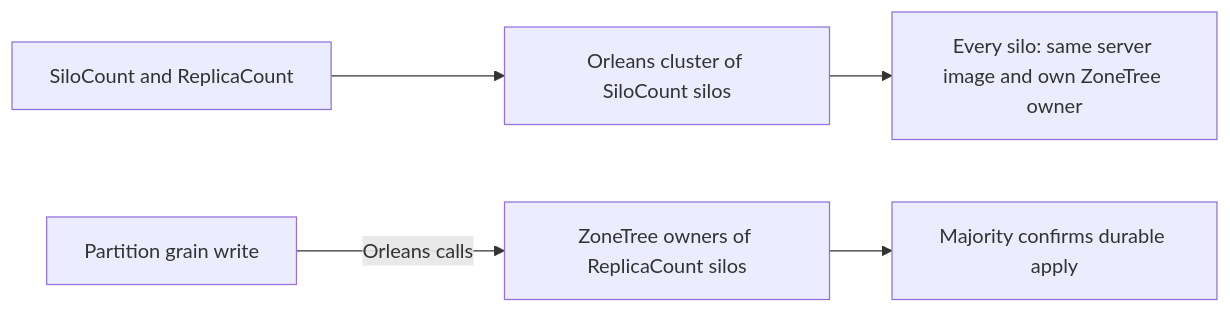
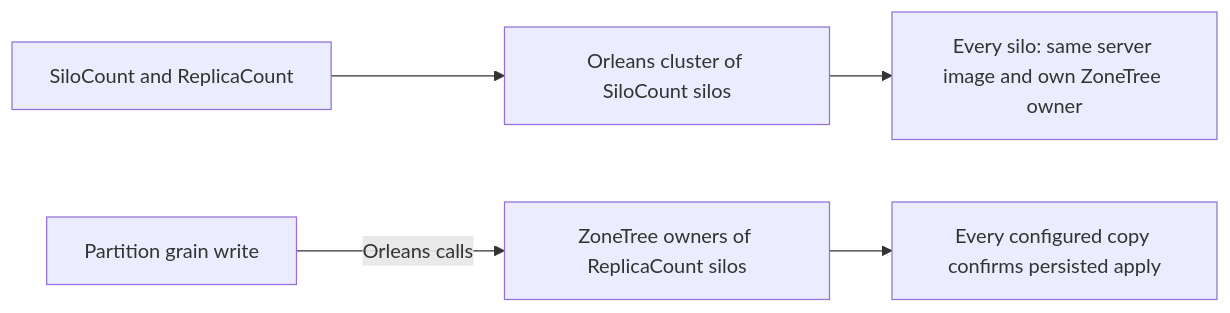
The diagram in docs/ADR/ADR-143-independent-silo-replica-topology.md (managedcode/KeyLoad), drawn with Mermaid before and after one commit. The commit also changed other lines of this file and 2010 other files, not shown here.

````diff
--- a/docs/ADR/ADR-143-independent-silo-replica-topology.md
+++ b/docs/ADR/ADR-143-independent-silo-replica-topology.md
@@ -23,7 +23,7 @@
 ```mermaid
 flowchart LR
     Config[SiloCount and ReplicaCount] --> Cluster[Orleans cluster of SiloCount silos]
     Cluster --> Silo[Every silo: same server image and own ZoneTree owner]
     Write[Partition grain write] -->|Orleans calls| Copies[ZoneTree owners of ReplicaCount silos]
-    Copies --> Ack[Majority confirms durable apply]
+    Copies --> Ack[Every configured copy confirms persisted apply]
 ```
````
